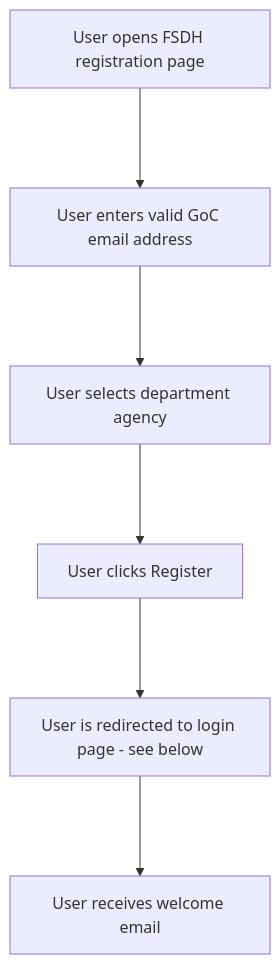
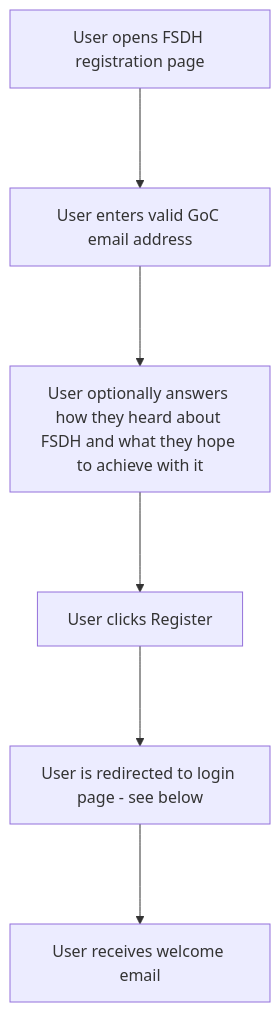
Before and after one commit to ssc-sp/datahub-docs: the first of 4 diagrams in UserGuide/Onboarding/OnboardingSummary.md, drawn with Mermaid. The commit also changed other lines of this file, not shown here.

````diff
--- a/UserGuide/Onboarding/OnboardingSummary.md
+++ b/UserGuide/Onboarding/OnboardingSummary.md
@@ -28,14 +23,14 @@
 ```mermaid
 flowchart TD
     A[User opens FSDH registration page]
     B[User enters valid GoC email address]
-    C[User selects department agency]
+    C[User optionally answers how they heard about FSDH and what they hope to achieve with it]
     D[User clicks Register]
     E[User is redirected to login page - see below]
     F[User receives welcome email]
     A ---> B
     B ---> C
     C ---> D
     D ---> E    
     E ---> F
 ```
````
